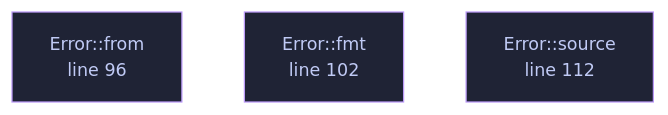
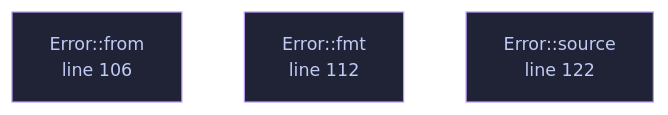
Before and after one commit to tilas01/veilvoice: the diagram in docs/files/veilvoice-guard/lib.md, drawn with Mermaid. The commit also changed other lines of this file and 182 other files, not shown here.

````diff
--- a/docs/files/veilvoice-guard/lib.md
+++ b/docs/files/veilvoice-guard/lib.md
@@ -102,14 +113,14 @@
 ```mermaid
 %%{init: {"theme":"base","themeVariables":{"background":"#1a1b26","primaryColor":"#1f2335","primaryTextColor":"#c0caf5","primaryBorderColor":"#7aa2f7","secondaryColor":"#16161e","tertiaryColor":"#16161e","lineColor":"#737aa2","textColor":"#c0caf5","mainBkg":"#1f2335","nodeBorder":"#7aa2f7","clusterBkg":"#16161e","clusterBorder":"#2f3549","fontFamily":"ui-monospace, SFMono-Regular, Consolas, monospace","fontSize":"14px"}}}%%
 flowchart TD
-    n_from["Error::from<br/>line 90"]
-    n_from["Error::from<br/>line 96"]
-    n_fmt["Error::fmt<br/>line 102"]
-    n_source["Error::source<br/>line 112"]
-    click n_from href "https://github.com/tilas01/veilvoice/blob/main/crates/veilvoice-guard/src/lib.rs#L90" "open the source"
-    click n_from href "https://github.com/tilas01/veilvoice/blob/main/crates/veilvoice-guard/src/lib.rs#L96" "open the source"
-    click n_fmt href "https://github.com/tilas01/veilvoice/blob/main/crates/veilvoice-guard/src/lib.rs#L102" "open the source"
-    click n_source href "https://github.com/tilas01/veilvoice/blob/main/crates/veilvoice-guard/src/lib.rs#L112" "open the source"
+    n_from["Error::from<br/>line 100"]
+    n_from["Error::from<br/>line 106"]
+    n_fmt["Error::fmt<br/>line 112"]
+    n_source["Error::source<br/>line 122"]
+    click n_from href "https://github.com/tilas01/veilvoice/blob/main/crates/veilvoice-guard/src/lib.rs#L100" "open the source"
+    click n_from href "https://github.com/tilas01/veilvoice/blob/main/crates/veilvoice-guard/src/lib.rs#L106" "open the source"
+    click n_fmt href "https://github.com/tilas01/veilvoice/blob/main/crates/veilvoice-guard/src/lib.rs#L112" "open the source"
+    click n_source href "https://github.com/tilas01/veilvoice/blob/main/crates/veilvoice-guard/src/lib.rs#L122" "open the source"
     classDef helper fill:#1f2335,stroke:#bb9af7,color:#c0caf5
     class n_from,n_from,n_fmt,n_source helper
 ```
````
